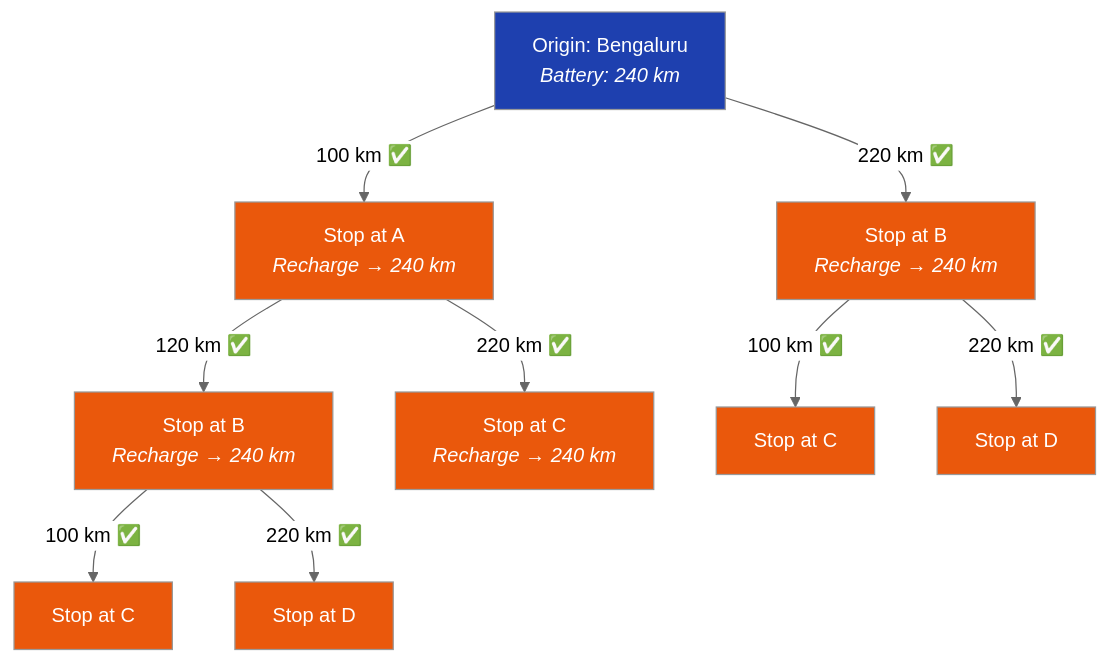
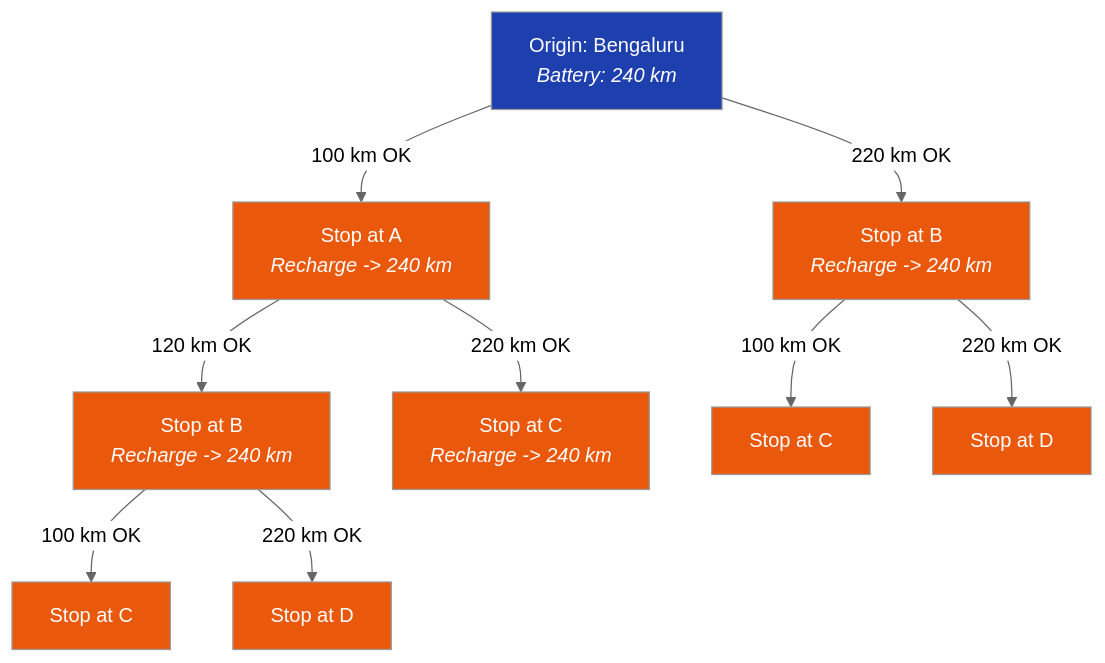
Before and after one commit to mukulgupta11/bus_charging_scheduler: the eighth of 13 diagrams in ARCHITECTURE.md, drawn with Mermaid (neutral theme). The commit also changed other lines of this file and 3 other files, not shown here.

````diff
--- a/ARCHITECTURE.md
+++ b/ARCHITECTURE.md
@@ -475,26 +475,26 @@
 ```mermaid
 graph TD
     START["Origin: Bengaluru<br/><i>Battery: 240 km</i>"]
 
-    START -->|"100 km ✅"| A["Stop at A<br/><i>Recharge → 240 km</i>"]
-    START -->|"220 km ✅"| B["Stop at B<br/><i>Recharge → 240 km</i>"]
+    START -->|"100 km OK"| A["Stop at A<br/><i>Recharge -> 240 km</i>"]
+    START -->|"220 km OK"| B["Stop at B<br/><i>Recharge -> 240 km</i>"]
 
-    A -->|"120 km ✅"| AB["Stop at B<br/><i>Recharge → 240 km</i>"]
-    A -->|"220 km ✅"| AC["Stop at C<br/><i>Recharge → 240 km</i>"]
+    A -->|"120 km OK"| AB["Stop at B<br/><i>Recharge -> 240 km</i>"]
+    A -->|"220 km OK"| AC["Stop at C<br/><i>Recharge -> 240 km</i>"]
 
-    AB -->|"100 km ✅"| ABC["Stop at C"]
-    AB -->|"220 km ✅"| ABD["Stop at D"]
+    AB -->|"100 km OK"| ABC["Stop at C"]
+    AB -->|"220 km OK"| ABD["Stop at D"]
 
-    B -->|"100 km ✅"| BC["Stop at C"]
-    B -->|"220 km ✅"| BD["Stop at D"]
+    B -->|"100 km OK"| BC["Stop at C"]
+    B -->|"220 km OK"| BD["Stop at D"]
 
     style START fill:#1E40AF,color:#fff
     style A fill:#EA580C,color:#fff
     style B fill:#EA580C,color:#fff
     style AB fill:#EA580C,color:#fff
     style AC fill:#EA580C,color:#fff
     style ABC fill:#EA580C,color:#fff
     style ABD fill:#EA580C,color:#fff
     style BC fill:#EA580C,color:#fff
     style BD fill:#EA580C,color:#fff
 ```
````
